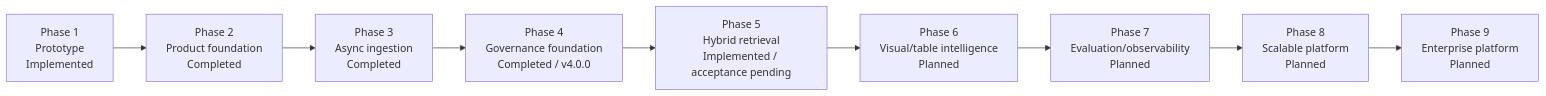
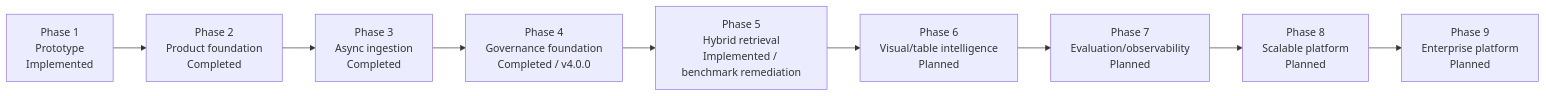
Before and after one commit to mvyas412/ai-projects: the second of 11 diagrams in mm-rag-full-stack-genai-bootcamp-3.0/docs/architecture/ARCHITECTURE.md, drawn with Mermaid. The commit also changed other lines of this file and 6 other files, not shown here.

Commit message:
docs(mm-rag): record Phase 5 benchmark result

````diff
--- a/mm-rag-full-stack-genai-bootcamp-3.0/docs/architecture/ARCHITECTURE.md
+++ b/mm-rag-full-stack-genai-bootcamp-3.0/docs/architecture/ARCHITECTURE.md
@@ -165,12 +165,12 @@
 ```mermaid
 flowchart LR
     p1["Phase 1<br/>Prototype<br/>Implemented"] -->
     p2["Phase 2<br/>Product foundation<br/>Completed"] -->
     p3["Phase 3<br/>Async ingestion<br/>Completed"] -->
     p4["Phase 4<br/>Governance foundation<br/>Completed / v4.0.0"] -->
-    p5["Phase 5<br/>Hybrid retrieval<br/>Implemented / acceptance pending"] -->
+    p5["Phase 5<br/>Hybrid retrieval<br/>Implemented / benchmark remediation"] -->
     p6["Phase 6<br/>Visual/table intelligence<br/>Planned"] -->
     p7["Phase 7<br/>Evaluation/observability<br/>Planned"] -->
     p8["Phase 8<br/>Scalable platform<br/>Planned"] -->
     p9["Phase 9<br/>Enterprise platform<br/>Planned"]
 ```
````
